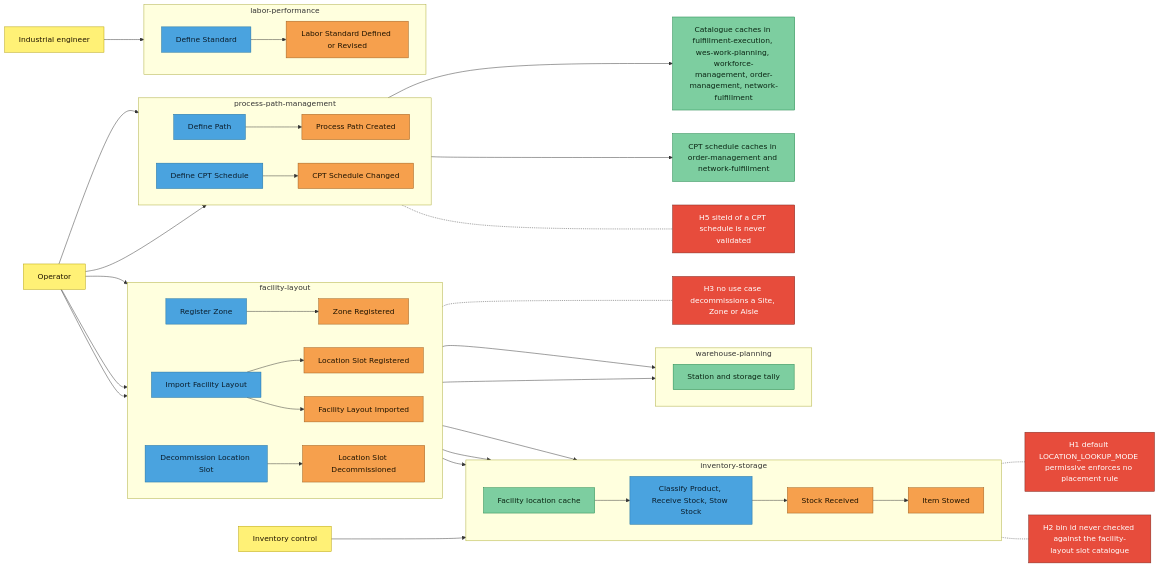
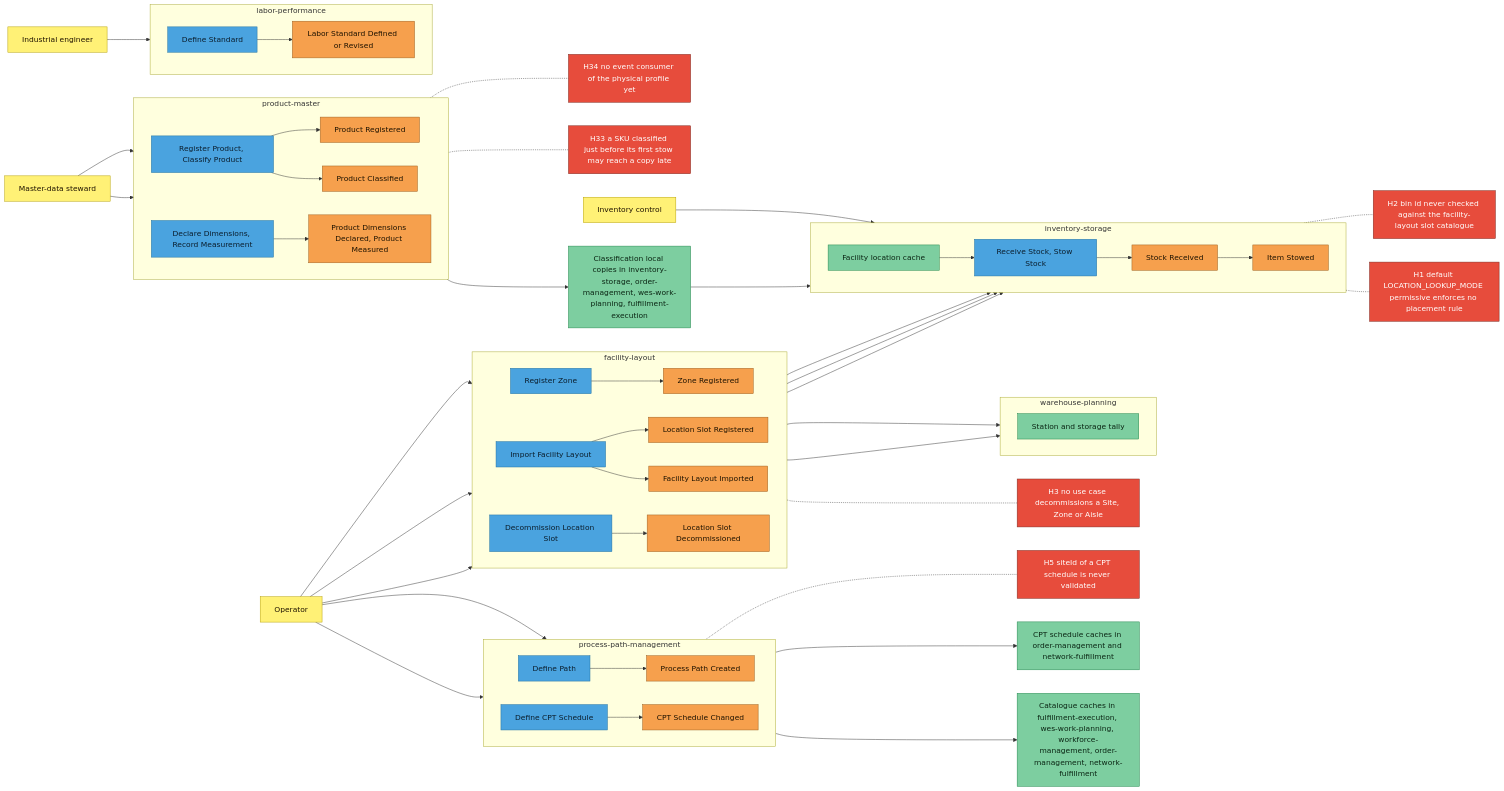
Before and after one commit to IQVO/warehouse-docs: the third of 7 diagrams in docs/strategic-design/eventstorming-big-picture.md, drawn with Mermaid. The commit also changed other lines of this file and 2 other files, not shown here.

First line of the commit message:
docs(strategic-design): message flows, big picture EventStorming and ubiquitous language read classification from local copies

```diff
--- a/docs/strategic-design/eventstorming-big-picture.md
+++ b/docs/strategic-design/eventstorming-big-picture.md
@@ -187,6 +197,16 @@
     OP["Operator"]:::actor
     IE["Industrial engineer"]:::actor
     IC["Inventory control"]:::actor
+    MDS["Master-data steward"]:::actor
+    subgraph S_PM["product-master"]
+        direction LR
+        C8["Register Product, Classify Product"]:::command
+        E10["Product Registered"]:::event
+        E11["Product Classified"]:::event
+        C9["Declare Dimensions, Record Measurement"]:::command
+        E12["Product Dimensions Declared, Product Measured"]:::event
+    end
+    R5["Classification local copies in inventory-storage, order-management, wes-work-planning, fulfillment-execution"]:::readmodel
     subgraph S_FL["facility-layout"]
         direction LR
         C1["Register Zone"]:::command
@@ -212,7 +232,7 @@
     subgraph S_INV["inventory-storage"]
         direction LR
         R1["Facility location cache"]:::readmodel
-        C7["Classify Product, Receive Stock, Stow Stock"]:::command
+        C7["Receive Stock, Stow Stock"]:::command
         E8["Stock Received"]:::event
         E9["Item Stowed"]:::event
     end
@@ -236,6 +256,10 @@
     IE --> C6 --> E7
     IC --> C7 --> E8 --> E9
     R1 --> C7
+    MDS --> C8 --> E10
+    C8 --> E11 --> R5
+    MDS --> C9 --> E12
+    R5 --> C7
 
     H1["H1 default LOCATION_LOOKUP_MODE permissive enforces no placement rule"]:::hotspot
     H2["H2 bin id never checked against the facility-layout slot catalogue"]:::hotspot
@@ -245,6 +269,10 @@
     C7 -.- H2
     C3 -.- H3
     E6 -.- H5
+    H33["H33 a SKU classified just before its first stow may reach a copy late"]:::hotspot
+    H34["H34 no event consumer of the physical profile yet"]:::hotspot
+    E11 -.- H33
+    E12 -.- H34
 
     classDef actor fill:#fff176,stroke:#b59f00,color:#1f1300
     classDef command fill:#4aa3df,stroke:#1f6f9f,color:#0b1e2d
```
